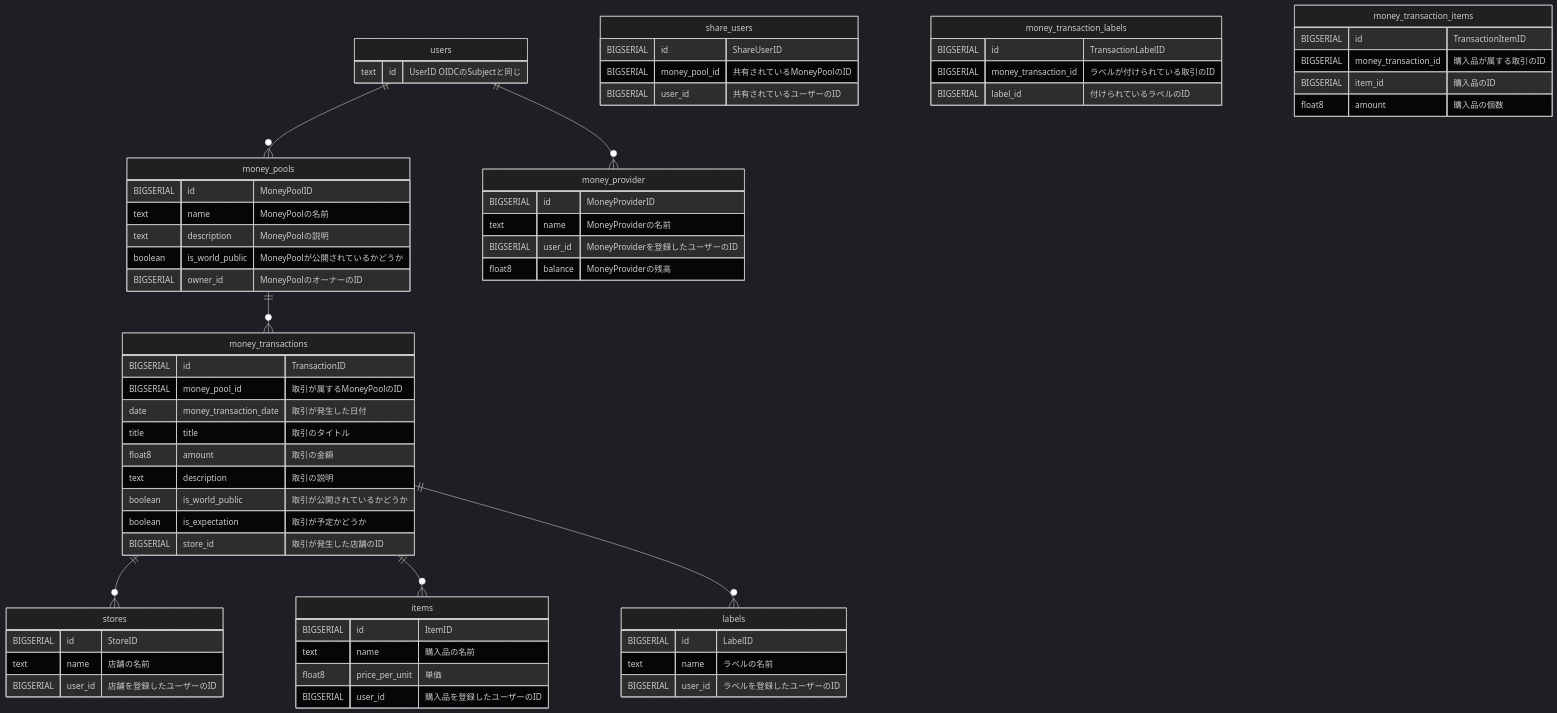
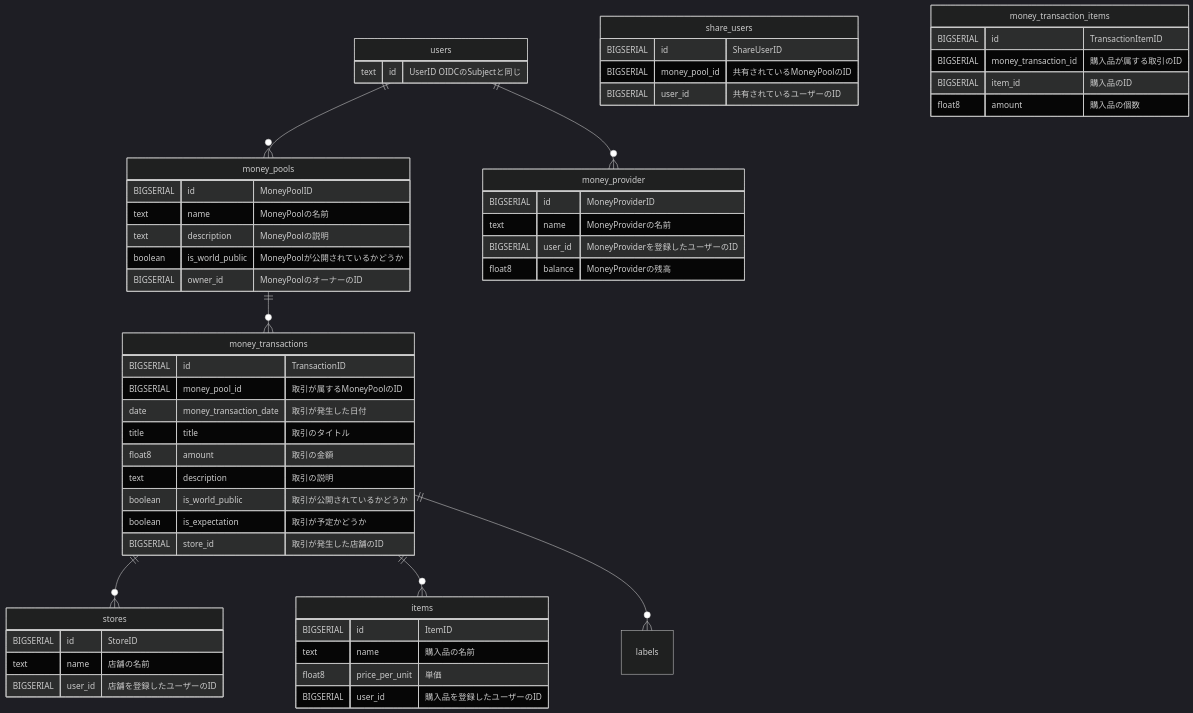
The diagram in back/readme.md (walnuts1018/OpenChokin), drawn with Mermaid (dark theme) before and after one commit. The commit also changed 2 other files, not shown here.

````diff
--- a/back/readme.md
+++ b/back/readme.md
@@ -1,78 +1,66 @@
 ```mermaid
 erDiagram
   users ||--o{ money_pools : ""
   money_pools ||--o{ money_transactions : ""
   money_transactions ||--o{ stores : ""
   money_transactions ||--o{ items : ""
   money_transactions ||--o{labels: ""
   users ||--o{ money_provider : ""
 
   users {
     text id "UserID OIDCのSubjectと同じ"
   }
 
   money_pools {
     BIGSERIAL id "MoneyPoolID"
     text name "MoneyPoolの名前"
     text description "MoneyPoolの説明"
     boolean is_world_public "MoneyPoolが公開されているかどうか"
     BIGSERIAL owner_id "MoneyPoolのオーナーのID"
   }
 
   share_users {
     BIGSERIAL id "ShareUserID"
     BIGSERIAL money_pool_id "共有されているMoneyPoolのID"
     BIGSERIAL user_id "共有されているユーザーのID"
   }
 
   money_transactions {
     BIGSERIAL id "TransactionID"
     BIGSERIAL money_pool_id "取引が属するMoneyPoolのID"
     date money_transaction_date "取引が発生した日付"
     title title "取引のタイトル"
     float8 amount "取引の金額"
     text description "取引の説明"
     boolean is_world_public "取引が公開されているかどうか"
     boolean is_expectation "取引が予定かどうか"
     BIGSERIAL store_id "取引が発生した店舗のID"
   }
 
-  labels {
-    BIGSERIAL id "LabelID"
-    text name "ラベルの名前"
-    BIGSERIAL user_id "ラベルを登録したユーザーのID"
-  }
-
-  money_transaction_labels {
-    BIGSERIAL id "TransactionLabelID"
-    BIGSERIAL money_transaction_id "ラベルが付けられている取引のID"
-    BIGSERIAL label_id "付けられているラベルのID"
-  }
-
   stores {
     BIGSERIAL id "StoreID"
     text name "店舗の名前"
     BIGSERIAL user_id "店舗を登録したユーザーのID"
   }
 
   items {
     BIGSERIAL id "ItemID"
     text name "購入品の名前"
     float8 price_per_unit "単価"
     BIGSERIAL user_id "購入品を登録したユーザーのID"
   }
 
   money_transaction_items {
     BIGSERIAL id "TransactionItemID"
     BIGSERIAL money_transaction_id "購入品が属する取引のID"
     BIGSERIAL item_id "購入品のID"
     float8 amount "購入品の個数"
   }
 
   money_provider {
     BIGSERIAL id "MoneyProviderID"
     text name "MoneyProviderの名前"
     BIGSERIAL user_id "MoneyProviderを登録したユーザーのID"
     float8 balance "MoneyProviderの残高"
   }
 ```
````
